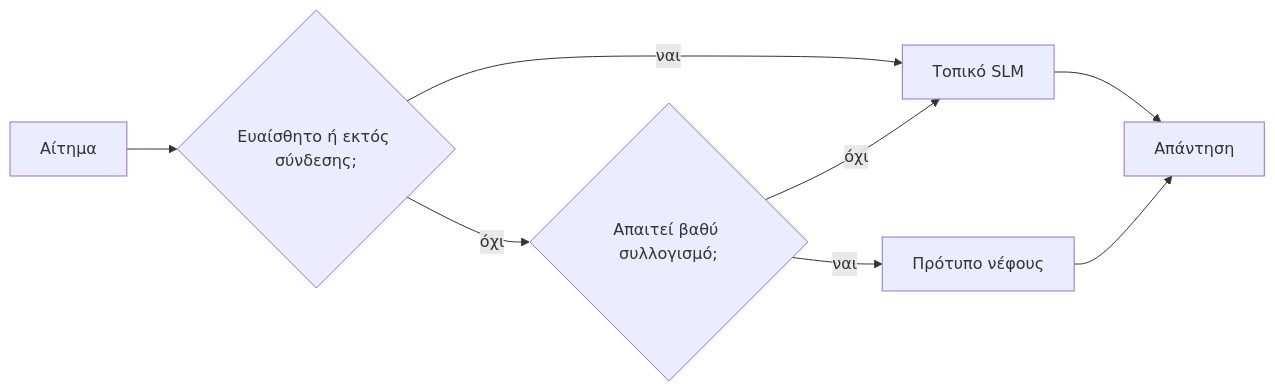
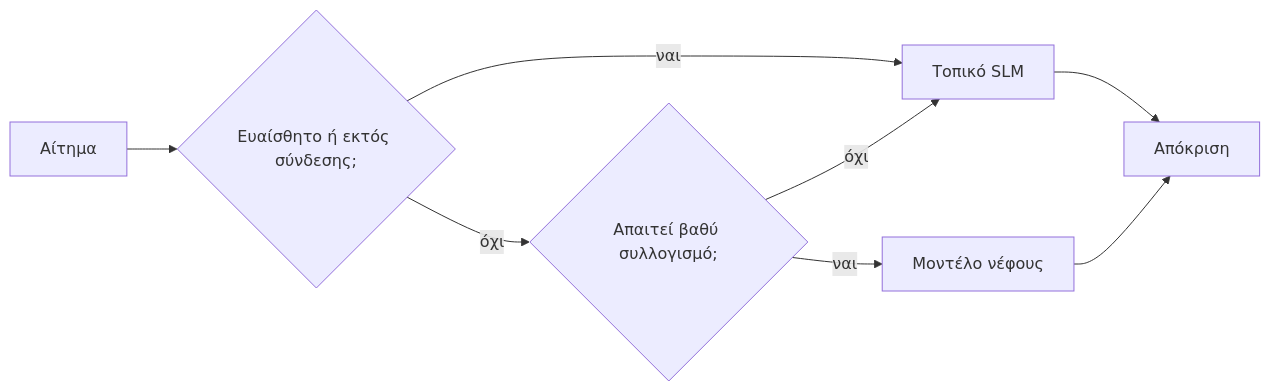
One commit to microsoft/ai-agents-for-beginners changed the fourth of 4 diagrams in translations/el/17-creating-local-ai-agents/README.md. Above: the diagram before and after it, drawn with Mermaid. The commit also changed other lines of this file and 46 other files, not shown here.

````diff
--- a/translations/el/17-creating-local-ai-agents/README.md
+++ b/translations/el/17-creating-local-ai-agents/README.md
@@ -156,10 +156,10 @@
 ```mermaid
 flowchart LR
     Q[Αίτημα] --> S{Ευαίσθητο ή εκτός σύνδεσης;}
     S -->|ναι| L[Τοπικό SLM]
     S -->|όχι| C{Απαιτεί βαθύ συλλογισμό;}
     C -->|όχι| L
-    C -->|ναι| Cloud[Πρότυπο νέφους]
-    L --> Out[Απάντηση]
+    C -->|ναι| Cloud[Μοντέλο νέφους]
+    L --> Out[Απόκριση]
     Cloud --> Out
 ```
````
